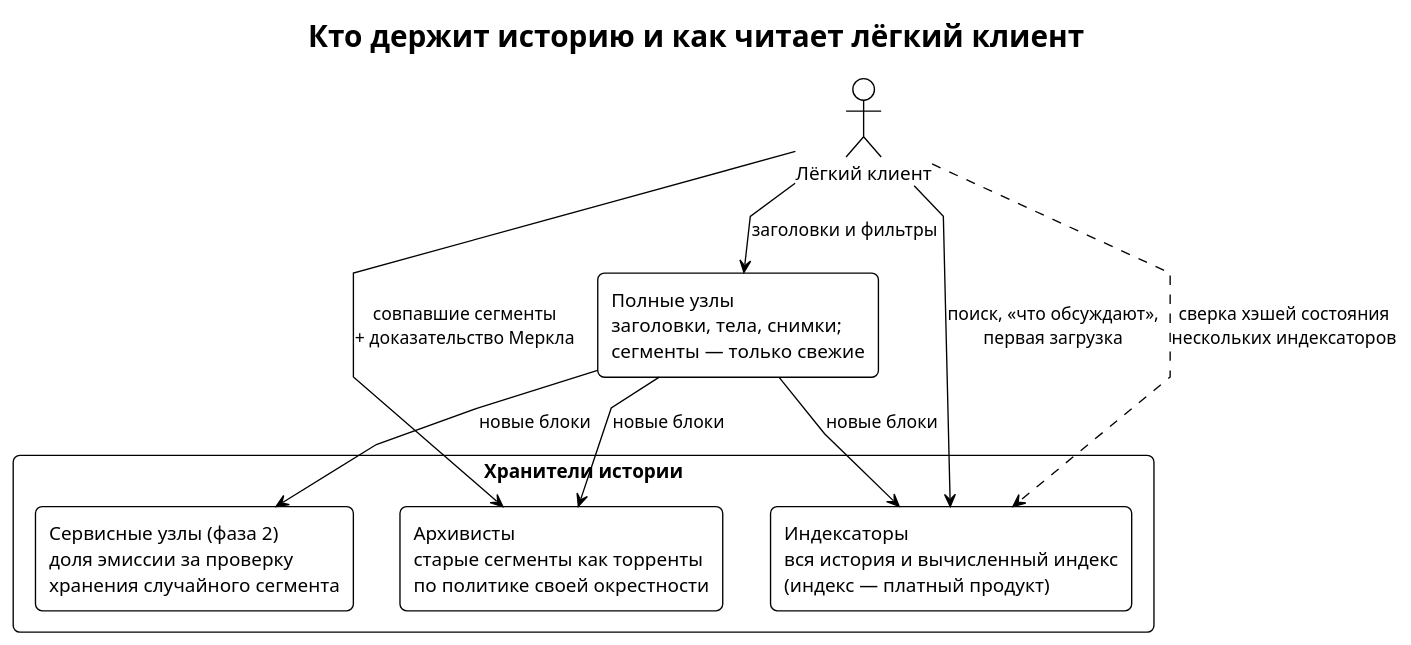
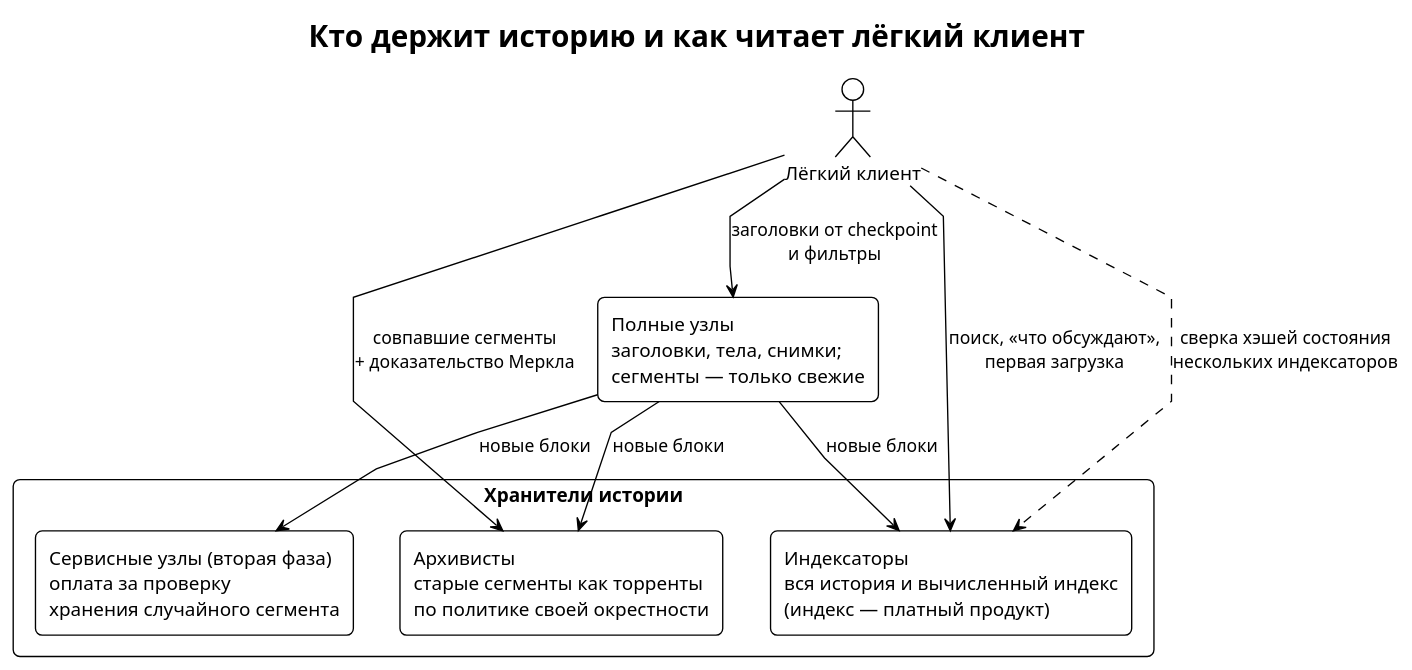
The diagram in book/src/history-holders.puml (relux-works/swarma-docs), drawn with PlantUML before and after one commit. The commit also changed 51 other files, not shown here.

```diff
--- a/book/src/history-holders.puml
+++ b/book/src/history-holders.puml
@@ -1,28 +1,28 @@
 @startuml history-holders
 !theme plain
 skinparam defaultFontName "PT Sans"
 skinparam shadowing false
 skinparam rectangleRoundCorner 10
 skinparam packageStyle rectangle
 skinparam linetype polyline
 skinparam ranksep 45
 title Кто держит историю и как читает лёгкий клиент
 
 rectangle "Полные узлы\nзаголовки, тела, снимки;\nсегменты — только свежие" as N
 
 package "Хранители истории" {
   rectangle "Индексаторы\nвся история и вычисленный индекс\n(индекс — платный продукт)" as I
   rectangle "Архивисты\nстарые сегменты как торренты\nпо политике своей окрестности" as L
-  rectangle "Сервисные узлы (фаза 2)\nдоля эмиссии за проверку\nхранения случайного сегмента" as S
+  rectangle "Сервисные узлы (вторая фаза)\nоплата за проверку\nхранения случайного сегмента" as S
 }
 
 actor "Лёгкий клиент" as C
 
-C --> N : заголовки и фильтры
+C --> N : заголовки от checkpoint\nи фильтры
 C --> L : совпавшие сегменты\n+ доказательство Меркла
 C --> I : поиск, «что обсуждают»,\nпервая загрузка
 C ..> I : сверка хэшей состояния\nнескольких индексаторов
 N --> I : новые блоки
 N --> L : новые блоки
 N --> S : новые блоки
 @enduml
```
